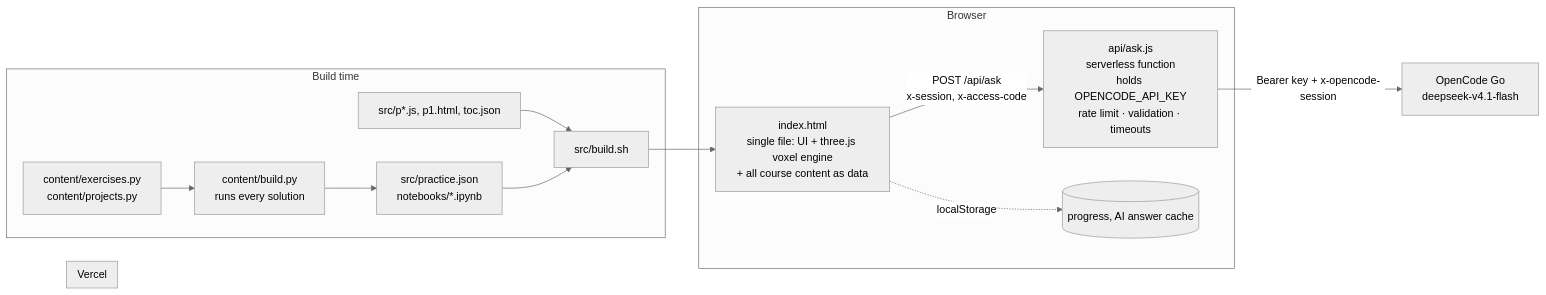
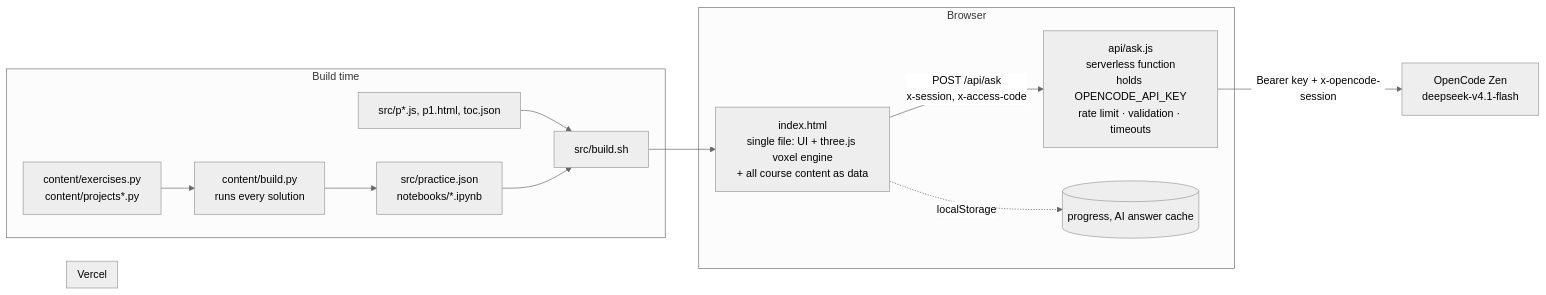
Before and after one commit to srivtx/neuron-voxel-lab: the diagram in README.md, drawn with Mermaid (neutral theme). The commit also changed other lines of this file and 24 other files, not shown here.

First line of the commit message:
Learning paths, 4 new projects (stats, decisions, clustering, CNN), Zen

````diff
--- a/README.md
+++ b/README.md
@@ -90,16 +127,16 @@
 ```mermaid
 flowchart LR
   subgraph Browser
     A[index.html<br/>single file: UI + three.js voxel engine<br/>+ all course content as data] -->|POST /api/ask<br/>x-session, x-access-code| B
     A -.->|localStorage| P[(progress, AI answer cache)]
   end
   subgraph Vercel
     B[api/ask.js<br/>serverless function<br/>holds OPENCODE_API_KEY<br/>rate limit · validation · timeouts]
   end
-  B -->|Bearer key + x-opencode-session| C[OpenCode Go<br/>deepseek-v4.1-flash]
+  B -->|Bearer key + x-opencode-session| C[OpenCode Zen<br/>deepseek-v4.1-flash]
   subgraph Build time
-    E[content/exercises.py<br/>content/projects.py] --> F[content/build.py<br/>runs every solution] --> G[src/practice.json<br/>notebooks/*.ipynb]
+    E[content/exercises.py<br/>content/projects*.py] --> F[content/build.py<br/>runs every solution] --> G[src/practice.json<br/>notebooks/*.ipynb]
     H[src/p*.js, p1.html, toc.json] --> I[src/build.sh] --> A
     G --> I
   end
 ```
````
